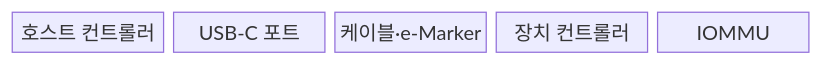
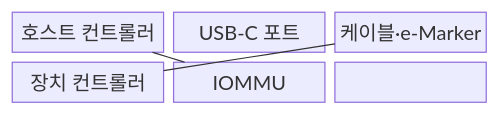
The first of 2 diagrams in src/content/docs/notes/02-hardware/088_high_speed_serial_interface.md (agnusdei1207/knowledge-base), drawn with Mermaid before and after one commit. The commit also changed other lines of this file and 86 other files, not shown here.

````diff
--- a/src/content/docs/notes/02-hardware/088_high_speed_serial_interface.md
+++ b/src/content/docs/notes/02-hardware/088_high_speed_serial_interface.md
@@ -65,9 +65,12 @@
 ```mermaid
-block
-  columns 5
+block-beta
+  columns 3
   H["호스트 컨트롤러"]
   P["USB-C 포트"]
   C["케이블·e-Marker"]
   D["장치 컨트롤러"]
   I["IOMMU"]
+  H --- P --- C
+  C --- D
+  H --- I
 ```
````
